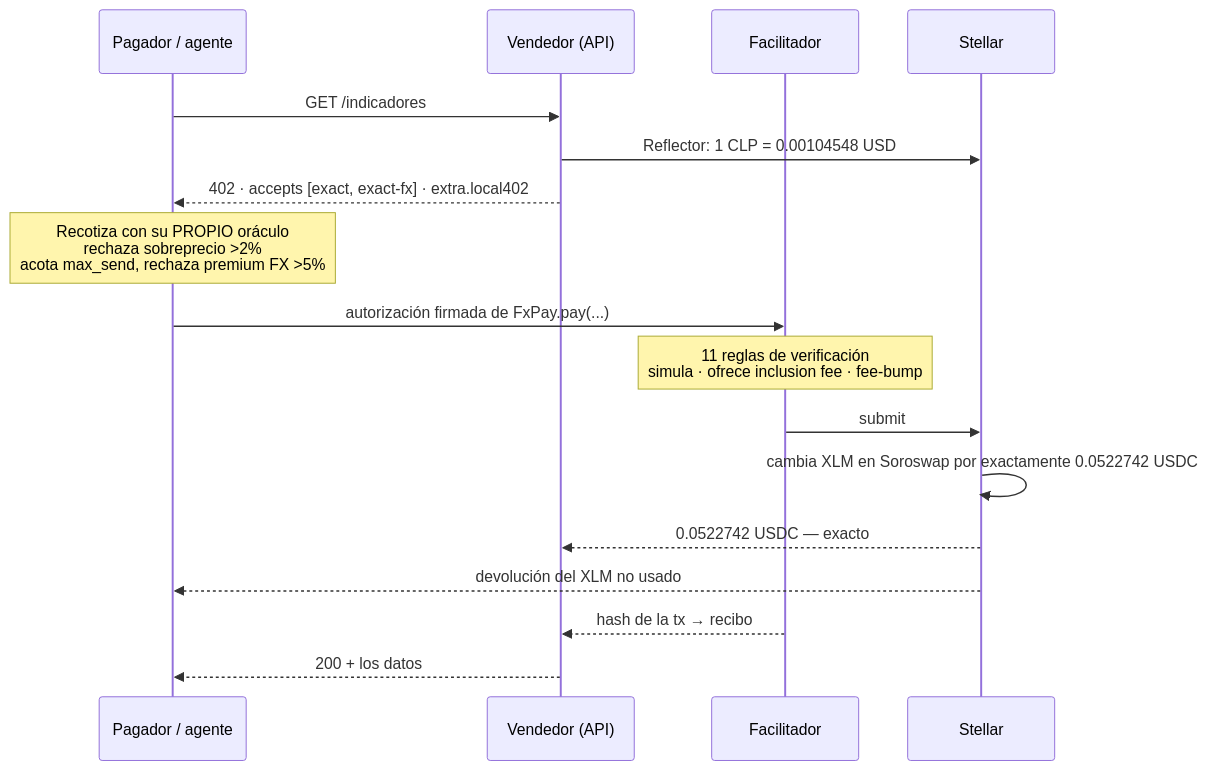
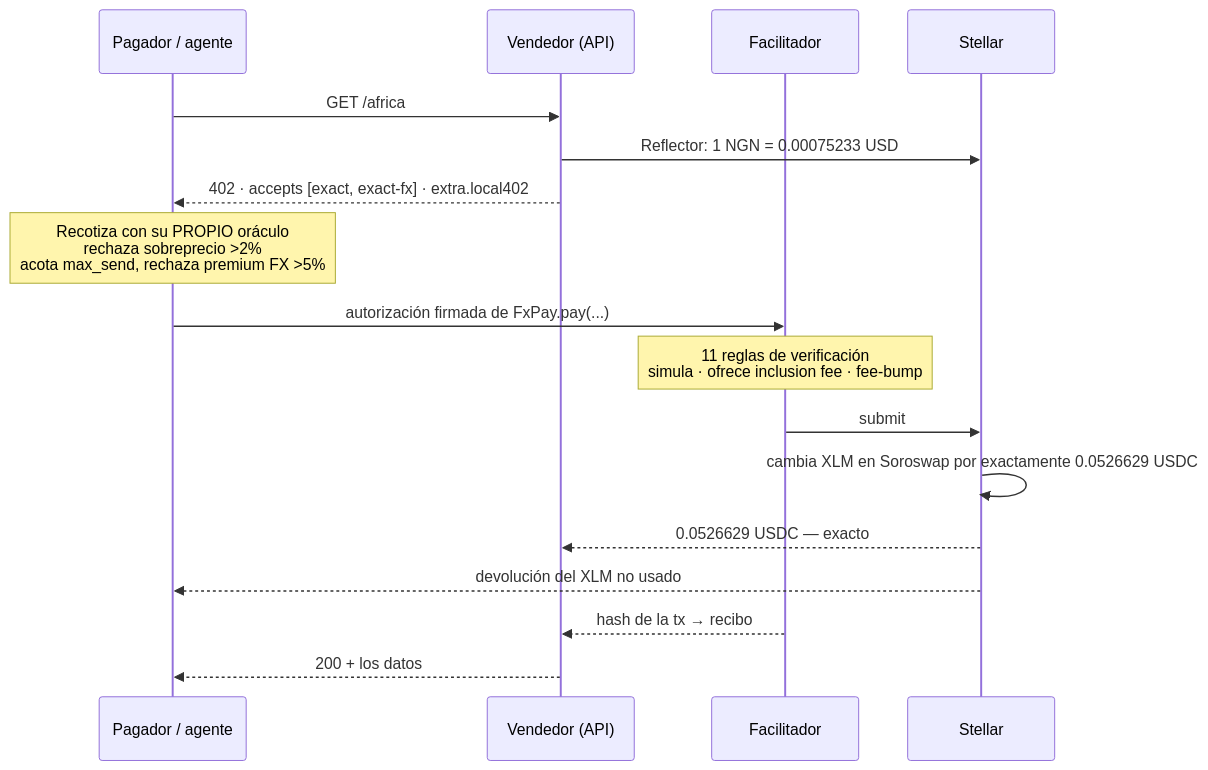
The diagram in README.es.md (DiegoPoveda01/local402), drawn with Mermaid before and after one commit. The commit also changed other lines of this file and 5 other files, not shown here.

````diff
--- a/README.es.md
+++ b/README.es.md
@@ -127,20 +127,20 @@
 ```mermaid
 sequenceDiagram
     participant P as Pagador / agente
     participant S as Vendedor (API)
     participant F as Facilitador
     participant N as Stellar
 
-    P->>S: GET /indicadores
-    S->>N: Reflector: 1 CLP = 0.00104548 USD
+    P->>S: GET /africa
+    S->>N: Reflector: 1 NGN = 0.00075233 USD
     S-->>P: 402 · accepts [exact, exact-fx] · extra.local402
     Note over P: Recotiza con su PROPIO oráculo<br/>rechaza sobreprecio >2%<br/>acota max_send, rechaza premium FX >5%
     P->>F: autorización firmada de FxPay.pay(...)
     Note over F: 11 reglas de verificación<br/>simula · ofrece inclusion fee · fee-bump
     F->>N: submit
-    N->>N: cambia XLM en Soroswap por exactamente 0.0522742 USDC
-    N-->>S: 0.0522742 USDC — exacto
+    N->>N: cambia XLM en Soroswap por exactamente 0.0526629 USDC
+    N-->>S: 0.0526629 USDC — exacto
     N-->>P: devolución del XLM no usado
     F-->>S: hash de la tx → recibo
     S-->>P: 200 + los datos
 ```
````
